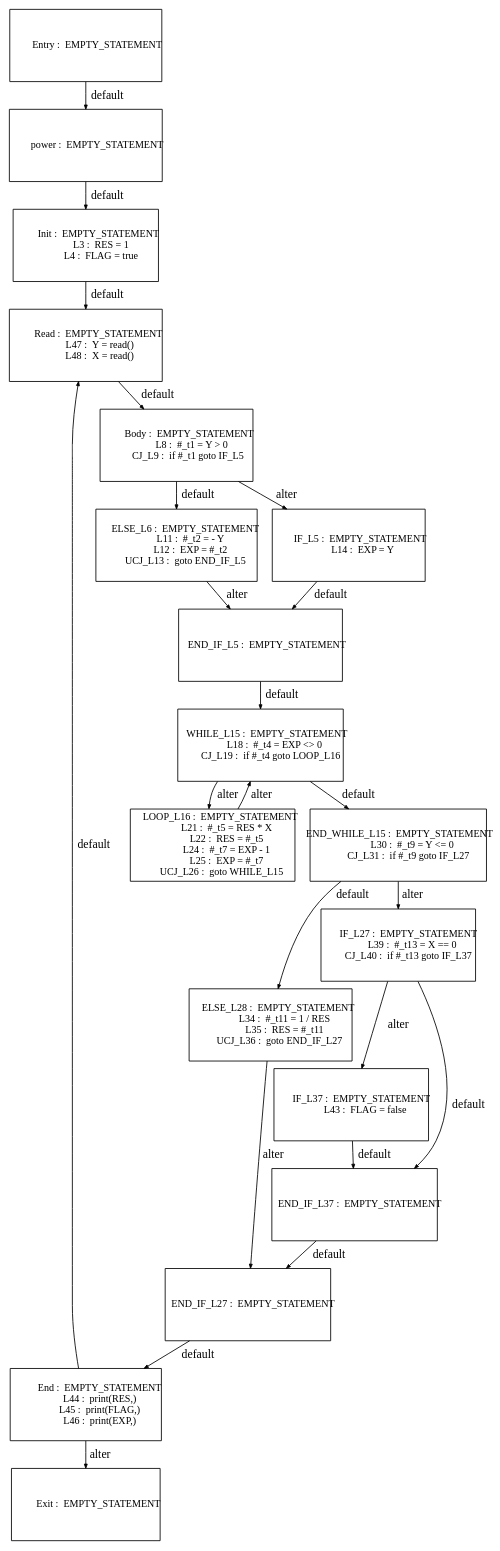
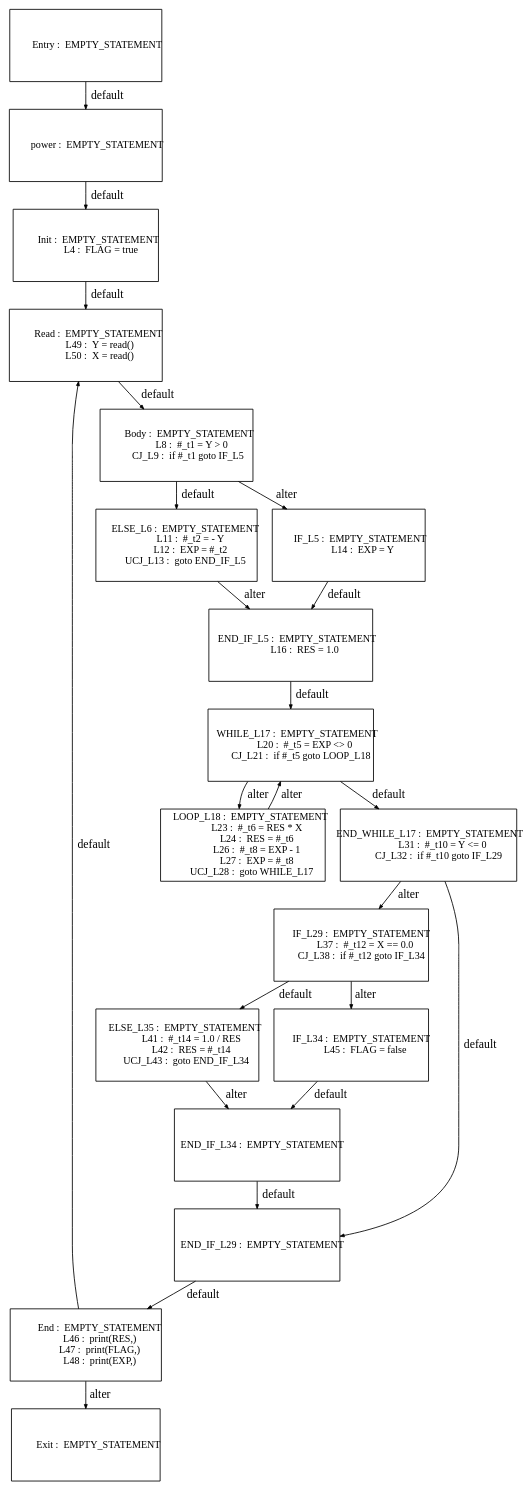
Before and after one commit to Geoffrey1014/ST_DSE: the diagram in tests_programs/paper1_tests/power_output/Graph_DSE_0.dot, drawn with Graphviz. The commit also changed 176 other files, not shown here.

```diff
--- a/tests_programs/paper1_tests/power_output/Graph_DSE_0.dot
+++ b/tests_programs/paper1_tests/power_output/Graph_DSE_0.dot
@@ -1,190 +1,191 @@
 digraph G {
   ranksep=.25;
   edge [arrowsize=.5]
   node [shape=rectangle, fontname="ArialNarrow",
         fontsize=12,  height=1.2];
   "          power :  EMPTY_STATEMENT
 "; "           Init :  EMPTY_STATEMENT
-             L3 :  RES = 1
              L4 :  FLAG = true
 "; "           Body :  EMPTY_STATEMENT
              L8 :  #_t1 = Y > 0
           CJ_L9 :  if #_t1 goto IF_L5
 "; "        ELSE_L6 :  EMPTY_STATEMENT
             L11 :  #_t2 = - Y
             L12 :  EXP = #_t2
         UCJ_L13 :  goto END_IF_L5
 "; "          IF_L5 :  EMPTY_STATEMENT
             L14 :  EXP = Y
 "; "      END_IF_L5 :  EMPTY_STATEMENT
-"; "      WHILE_L15 :  EMPTY_STATEMENT
-            L18 :  #_t4 = EXP <> 0
-         CJ_L19 :  if #_t4 goto LOOP_L16
-"; "       LOOP_L16 :  EMPTY_STATEMENT
-            L21 :  #_t5 = RES * X
-            L22 :  RES = #_t5
-            L24 :  #_t7 = EXP - 1
-            L25 :  EXP = #_t7
-        UCJ_L26 :  goto WHILE_L15
-"; "  END_WHILE_L15 :  EMPTY_STATEMENT
-            L30 :  #_t9 = Y <= 0
-         CJ_L31 :  if #_t9 goto IF_L27
-"; "       ELSE_L28 :  EMPTY_STATEMENT
-            L34 :  #_t11 = 1 / RES
-            L35 :  RES = #_t11
-        UCJ_L36 :  goto END_IF_L27
-"; "         IF_L27 :  EMPTY_STATEMENT
-            L39 :  #_t13 = X == 0
-         CJ_L40 :  if #_t13 goto IF_L37
-"; "         IF_L37 :  EMPTY_STATEMENT
-            L43 :  FLAG = false
-"; "     END_IF_L37 :  EMPTY_STATEMENT
-"; "     END_IF_L27 :  EMPTY_STATEMENT
+            L16 :  RES = 1.0
+"; "      WHILE_L17 :  EMPTY_STATEMENT
+            L20 :  #_t5 = EXP <> 0
+         CJ_L21 :  if #_t5 goto LOOP_L18
+"; "       LOOP_L18 :  EMPTY_STATEMENT
+            L23 :  #_t6 = RES * X
+            L24 :  RES = #_t6
+            L26 :  #_t8 = EXP - 1
+            L27 :  EXP = #_t8
+        UCJ_L28 :  goto WHILE_L17
+"; "  END_WHILE_L17 :  EMPTY_STATEMENT
+            L31 :  #_t10 = Y <= 0
+         CJ_L32 :  if #_t10 goto IF_L29
+"; "         IF_L29 :  EMPTY_STATEMENT
+            L37 :  #_t12 = X == 0.0
+         CJ_L38 :  if #_t12 goto IF_L34
+"; "       ELSE_L35 :  EMPTY_STATEMENT
+            L41 :  #_t14 = 1.0 / RES
+            L42 :  RES = #_t14
+        UCJ_L43 :  goto END_IF_L34
+"; "         IF_L34 :  EMPTY_STATEMENT
+            L45 :  FLAG = false
+"; "     END_IF_L34 :  EMPTY_STATEMENT
+"; "     END_IF_L29 :  EMPTY_STATEMENT
 "; "          Entry :  EMPTY_STATEMENT
 "; "            End :  EMPTY_STATEMENT
-            L44 :  print(RES,)
-            L45 :  print(FLAG,)
-            L46 :  print(EXP,)
+            L46 :  print(RES,)
+            L47 :  print(FLAG,)
+            L48 :  print(EXP,)
 "; "           Exit :  EMPTY_STATEMENT
 "; "           Read :  EMPTY_STATEMENT
-            L47 :  Y = read()
-            L48 :  X = read()
+            L49 :  Y = read()
+            L50 :  X = read()
 "; 
   "          power :  EMPTY_STATEMENT
 " -> "           Init :  EMPTY_STATEMENT
-             L3 :  RES = 1
              L4 :  FLAG = true
 "  [label="default"];
   "           Init :  EMPTY_STATEMENT
-             L3 :  RES = 1
              L4 :  FLAG = true
 " -> "           Read :  EMPTY_STATEMENT
-            L47 :  Y = read()
-            L48 :  X = read()
+            L49 :  Y = read()
+            L50 :  X = read()
 "  [label="default"];
   "           Body :  EMPTY_STATEMENT
              L8 :  #_t1 = Y > 0
           CJ_L9 :  if #_t1 goto IF_L5
 " -> "        ELSE_L6 :  EMPTY_STATEMENT
             L11 :  #_t2 = - Y
             L12 :  EXP = #_t2
         UCJ_L13 :  goto END_IF_L5
 "  [label="default"];
   "           Body :  EMPTY_STATEMENT
              L8 :  #_t1 = Y > 0
           CJ_L9 :  if #_t1 goto IF_L5
 " -> "          IF_L5 :  EMPTY_STATEMENT
             L14 :  EXP = Y
 "  [label="alter"];
   "        ELSE_L6 :  EMPTY_STATEMENT
             L11 :  #_t2 = - Y
             L12 :  EXP = #_t2
         UCJ_L13 :  goto END_IF_L5
 " -> "      END_IF_L5 :  EMPTY_STATEMENT
+            L16 :  RES = 1.0
 "  [label="alter"];
   "          IF_L5 :  EMPTY_STATEMENT
             L14 :  EXP = Y
 " -> "      END_IF_L5 :  EMPTY_STATEMENT
+            L16 :  RES = 1.0
 "  [label="default"];
   "      END_IF_L5 :  EMPTY_STATEMENT
-" -> "      WHILE_L15 :  EMPTY_STATEMENT
-            L18 :  #_t4 = EXP <> 0
-         CJ_L19 :  if #_t4 goto LOOP_L16
+            L16 :  RES = 1.0
+" -> "      WHILE_L17 :  EMPTY_STATEMENT
+            L20 :  #_t5 = EXP <> 0
+         CJ_L21 :  if #_t5 goto LOOP_L18
 "  [label="default"];
-  "      WHILE_L15 :  EMPTY_STATEMENT
-            L18 :  #_t4 = EXP <> 0
-         CJ_L19 :  if #_t4 goto LOOP_L16
-" -> "  END_WHILE_L15 :  EMPTY_STATEMENT
-            L30 :  #_t9 = Y <= 0
-         CJ_L31 :  if #_t9 goto IF_L27
+  "      WHILE_L17 :  EMPTY_STATEMENT
+            L20 :  #_t5 = EXP <> 0
+         CJ_L21 :  if #_t5 goto LOOP_L18
+" -> "  END_WHILE_L17 :  EMPTY_STATEMENT
+            L31 :  #_t10 = Y <= 0
+         CJ_L32 :  if #_t10 goto IF_L29
 "  [label="default"];
-  "      WHILE_L15 :  EMPTY_STATEMENT
-            L18 :  #_t4 = EXP <> 0
-         CJ_L19 :  if #_t4 goto LOOP_L16
-" -> "       LOOP_L16 :  EMPTY_STATEMENT
-            L21 :  #_t5 = RES * X
-            L22 :  RES = #_t5
-            L24 :  #_t7 = EXP - 1
-            L25 :  EXP = #_t7
-        UCJ_L26 :  goto WHILE_L15
+  "      WHILE_L17 :  EMPTY_STATEMENT
+            L20 :  #_t5 = EXP <> 0
+         CJ_L21 :  if #_t5 goto LOOP_L18
+" -> "       LOOP_L18 :  EMPTY_STATEMENT
+            L23 :  #_t6 = RES * X
+            L24 :  RES = #_t6
+            L26 :  #_t8 = EXP - 1
+            L27 :  EXP = #_t8
+        UCJ_L28 :  goto WHILE_L17
 "  [label="alter"];
-  "       LOOP_L16 :  EMPTY_STATEMENT
-            L21 :  #_t5 = RES * X
-            L22 :  RES = #_t5
-            L24 :  #_t7 = EXP - 1
-            L25 :  EXP = #_t7
-        UCJ_L26 :  goto WHILE_L15
-" -> "      WHILE_L15 :  EMPTY_STATEMENT
-            L18 :  #_t4 = EXP <> 0
-         CJ_L19 :  if #_t4 goto LOOP_L16
+  "       LOOP_L18 :  EMPTY_STATEMENT
+            L23 :  #_t6 = RES * X
+            L24 :  RES = #_t6
+            L26 :  #_t8 = EXP - 1
+            L27 :  EXP = #_t8
+        UCJ_L28 :  goto WHILE_L17
+" -> "      WHILE_L17 :  EMPTY_STATEMENT
+            L20 :  #_t5 = EXP <> 0
+         CJ_L21 :  if #_t5 goto LOOP_L18
 "  [label="alter"];
-  "  END_WHILE_L15 :  EMPTY_STATEMENT
-            L30 :  #_t9 = Y <= 0
-         CJ_L31 :  if #_t9 goto IF_L27
-" -> "       ELSE_L28 :  EMPTY_STATEMENT
-            L34 :  #_t11 = 1 / RES
-            L35 :  RES = #_t11
-        UCJ_L36 :  goto END_IF_L27
+  "  END_WHILE_L17 :  EMPTY_STATEMENT
+            L31 :  #_t10 = Y <= 0
+         CJ_L32 :  if #_t10 goto IF_L29
+" -> "     END_IF_L29 :  EMPTY_STATEMENT
 "  [label="default"];
-  "  END_WHILE_L15 :  EMPTY_STATEMENT
-            L30 :  #_t9 = Y <= 0
-         CJ_L31 :  if #_t9 goto IF_L27
-" -> "         IF_L27 :  EMPTY_STATEMENT
-            L39 :  #_t13 = X == 0
-         CJ_L40 :  if #_t13 goto IF_L37
+  "  END_WHILE_L17 :  EMPTY_STATEMENT
+            L31 :  #_t10 = Y <= 0
+         CJ_L32 :  if #_t10 goto IF_L29
+" -> "         IF_L29 :  EMPTY_STATEMENT
+            L37 :  #_t12 = X == 0.0
+         CJ_L38 :  if #_t12 goto IF_L34
 "  [label="alter"];
-  "       ELSE_L28 :  EMPTY_STATEMENT
-            L34 :  #_t11 = 1 / RES
-            L35 :  RES = #_t11
-        UCJ_L36 :  goto END_IF_L27
-" -> "     END_IF_L27 :  EMPTY_STATEMENT
+  "         IF_L29 :  EMPTY_STATEMENT
+            L37 :  #_t12 = X == 0.0
+         CJ_L38 :  if #_t12 goto IF_L34
+" -> "       ELSE_L35 :  EMPTY_STATEMENT
+            L41 :  #_t14 = 1.0 / RES
+            L42 :  RES = #_t14
+        UCJ_L43 :  goto END_IF_L34
+"  [label="default"];
+  "         IF_L29 :  EMPTY_STATEMENT
+            L37 :  #_t12 = X == 0.0
+         CJ_L38 :  if #_t12 goto IF_L34
+" -> "         IF_L34 :  EMPTY_STATEMENT
+            L45 :  FLAG = false
 "  [label="alter"];
-  "         IF_L27 :  EMPTY_STATEMENT
-            L39 :  #_t13 = X == 0
-         CJ_L40 :  if #_t13 goto IF_L37
-" -> "     END_IF_L37 :  EMPTY_STATEMENT
+  "       ELSE_L35 :  EMPTY_STATEMENT
+            L41 :  #_t14 = 1.0 / RES
+            L42 :  RES = #_t14
+        UCJ_L43 :  goto END_IF_L34
+" -> "     END_IF_L34 :  EMPTY_STATEMENT
+"  [label="alter"];
+  "         IF_L34 :  EMPTY_STATEMENT
+            L45 :  FLAG = false
+" -> "     END_IF_L34 :  EMPTY_STATEMENT
 "  [label="default"];
-  "         IF_L27 :  EMPTY_STATEMENT
-            L39 :  #_t13 = X == 0
-         CJ_L40 :  if #_t13 goto IF_L37
-" -> "         IF_L37 :  EMPTY_STATEMENT
-            L43 :  FLAG = false
-"  [label="alter"];
-  "         IF_L37 :  EMPTY_STATEMENT
-            L43 :  FLAG = false
-" -> "     END_IF_L37 :  EMPTY_STATEMENT
+  "     END_IF_L34 :  EMPTY_STATEMENT
+" -> "     END_IF_L29 :  EMPTY_STATEMENT
 "  [label="default"];
-  "     END_IF_L37 :  EMPTY_STATEMENT
-" -> "     END_IF_L27 :  EMPTY_STATEMENT
-"  [label="default"];
-  "     END_IF_L27 :  EMPTY_STATEMENT
+  "     END_IF_L29 :  EMPTY_STATEMENT
 " -> "            End :  EMPTY_STATEMENT
-            L44 :  print(RES,)
-            L45 :  print(FLAG,)
-            L46 :  print(EXP,)
+            L46 :  print(RES,)
+            L47 :  print(FLAG,)
+            L48 :  print(EXP,)
 "  [label="default"];
   "          Entry :  EMPTY_STATEMENT
 " -> "          power :  EMPTY_STATEMENT
 "  [label="default"];
   "            End :  EMPTY_STATEMENT
-            L44 :  print(RES,)
-            L45 :  print(FLAG,)
-            L46 :  print(EXP,)
+            L46 :  print(RES,)
+            L47 :  print(FLAG,)
+            L48 :  print(EXP,)
 " -> "           Read :  EMPTY_STATEMENT
-            L47 :  Y = read()
-            L48 :  X = read()
+            L49 :  Y = read()
+            L50 :  X = read()
 "  [label="default"];
   "            End :  EMPTY_STATEMENT
-            L44 :  print(RES,)
-            L45 :  print(FLAG,)
-            L46 :  print(EXP,)
+            L46 :  print(RES,)
+            L47 :  print(FLAG,)
+            L48 :  print(EXP,)
 " -> "           Exit :  EMPTY_STATEMENT
 "  [label="alter"];
   "           Read :  EMPTY_STATEMENT
-            L47 :  Y = read()
-            L48 :  X = read()
+            L49 :  Y = read()
+            L50 :  X = read()
 " -> "           Body :  EMPTY_STATEMENT
              L8 :  #_t1 = Y > 0
           CJ_L9 :  if #_t1 goto IF_L5
 "  [label="default"];
 }
```
